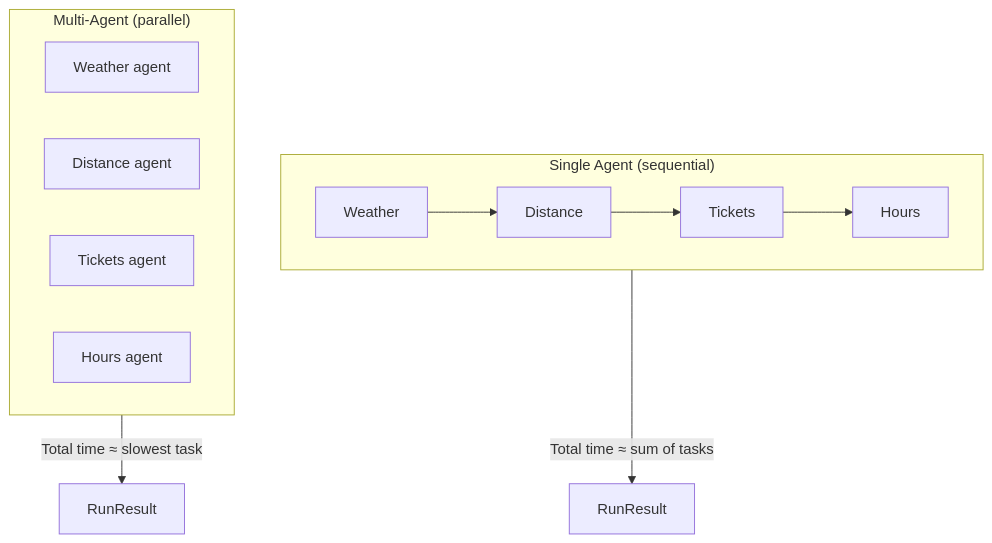
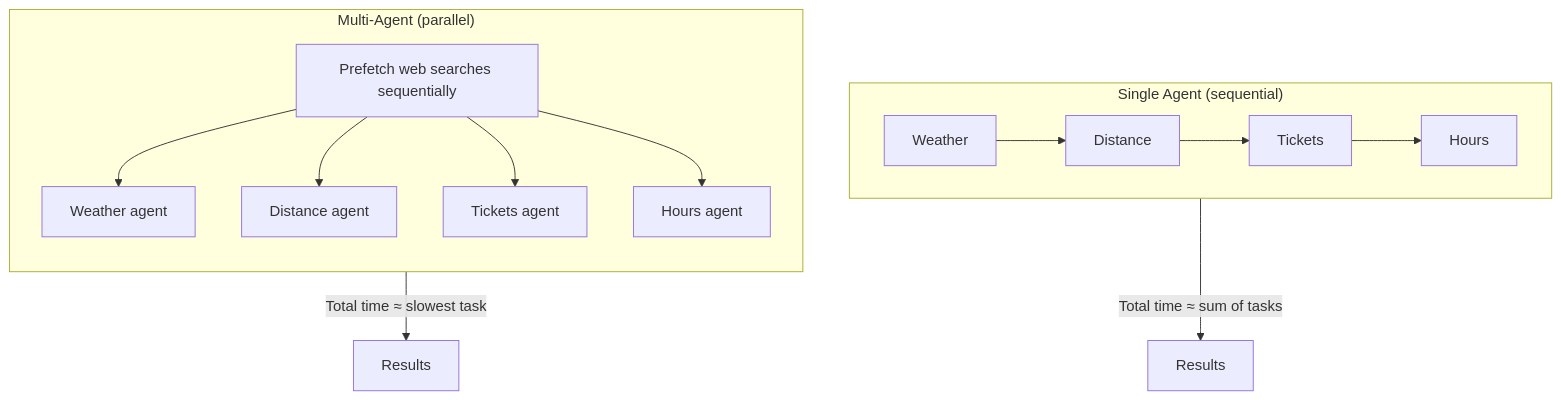
One commit to Sathyafish/single-multi-agent changed the diagram in README.md. Above: the diagram before and after it, drawn with Mermaid. The commit also changed other lines of this file, not shown here.

````diff
--- a/README.md
+++ b/README.md
@@ -44,16 +38,19 @@
 ```mermaid
 flowchart TB
     subgraph single ["Single Agent (sequential)"]
+        direction LR
         S1[Weather] --> S2[Distance] --> S3[Tickets] --> S4[Hours]
     end
 
     subgraph multi ["Multi-Agent (parallel)"]
-        M1[Weather agent]
-        M2[Distance agent]
-        M3[Tickets agent]
-        M4[Hours agent]
+        direction TB
+        P[Prefetch web searches sequentially]
+        P --> M1[Weather agent]
+        P --> M2[Distance agent]
+        P --> M3[Tickets agent]
+        P --> M4[Hours agent]
     end
 
-    single -->|"Total time ≈ sum of tasks"| R1[RunResult]
-    multi -->|"Total time ≈ slowest task"| R2[RunResult]
+    single -->|"Total time ≈ sum of tasks"| R1[Results]
+    multi -->|"Total time ≈ slowest task"| R2[Results]
 ```
````
